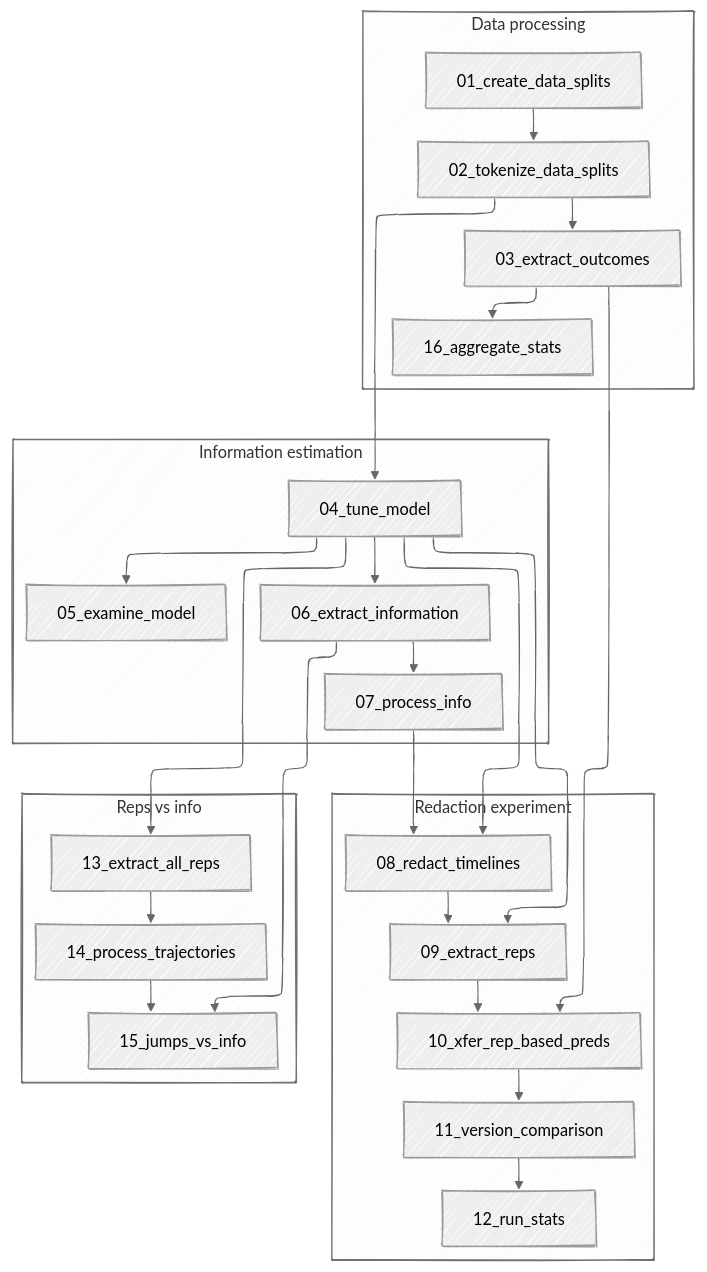
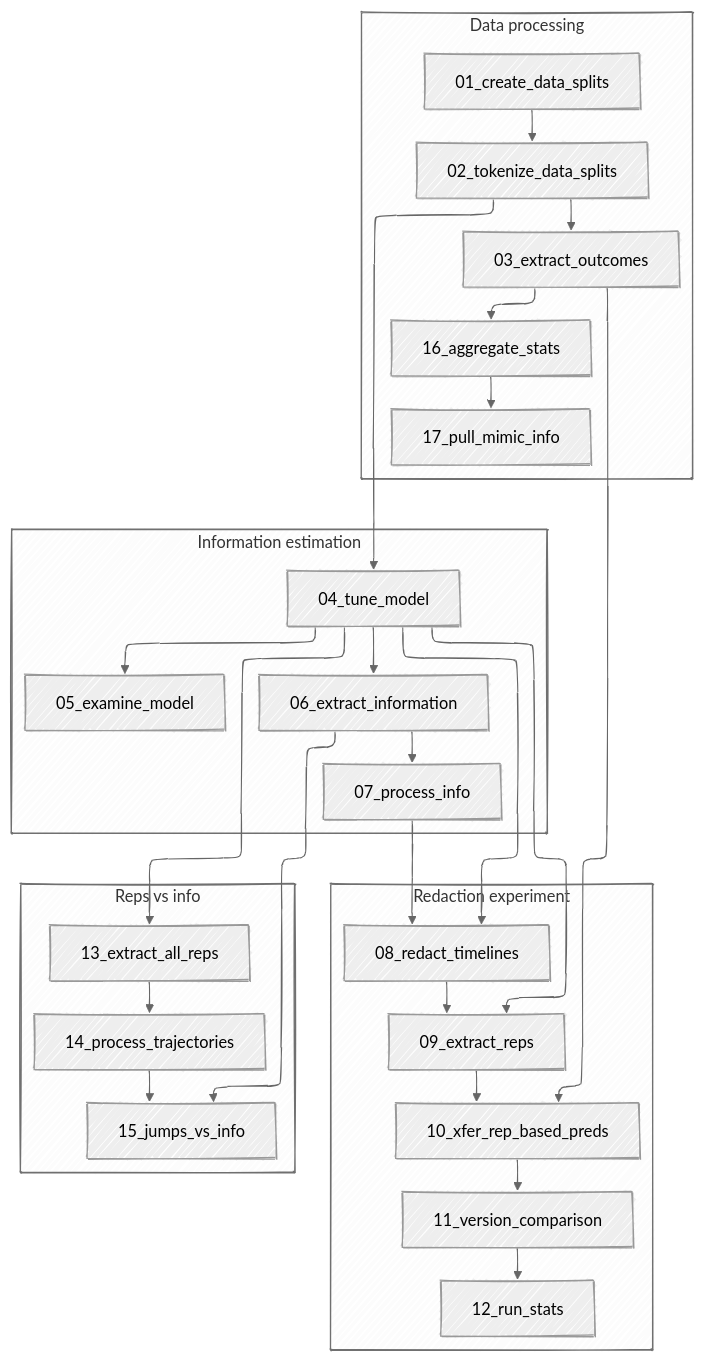
The diagram in README.md (bbj-lab/fms-ehrs), drawn with Mermaid before and after one commit. The commit also changed other lines of this file and 8 other files, not shown here.

````diff
--- a/README.md
+++ b/README.md
@@ -34,46 +34,48 @@
 ```mermaid
 ---
 config:
   theme: neutral
   look: handDrawn
   layout: elk
   themeCSS: "* { overflow: visible; }"
 ---
 flowchart TD
  subgraph s1["Data processing"]
         N1["01_create_data_splits"]
         N2["02_tokenize_data_splits"]
         N3["03_extract_outcomes"]
         N16["16_aggregate_stats"]
+        N17["17_pull_mimic_info"]
   end
  subgraph s2["Information estimation"]
         N4["04_tune_model"]
         N5["05_examine_model"]
         N6["06_extract_information"]
         N7["07_process_info"]
   end
  subgraph s3["Redaction experiment"]
         N8["08_redact_timelines"]
         N9["09_extract_reps"]
         N10["10_xfer_rep_based_preds"]
         N11["11_version_comparison"]
         N12["12_run_stats"]
   end
  subgraph s4["Reps vs info"]
         N13["13_extract_all_reps"]
         N14["14_process_trajectories"]
         N15["15_jumps_vs_info"]
   end
     N1 --> N2
     N2 --> N3 & N4
     N3 --> N16 & N10
     N4 --> N5 & N6 & N8 & N13
     N6 --> N7 & N15
     N7 --> N8
     N8 --> N9
     N4 --> N9 --> N10
     N10 --> N11
     N11 --> N12
     N13 --> N14
     N14 --> N15
+    N16 --> N17
 ```
````
